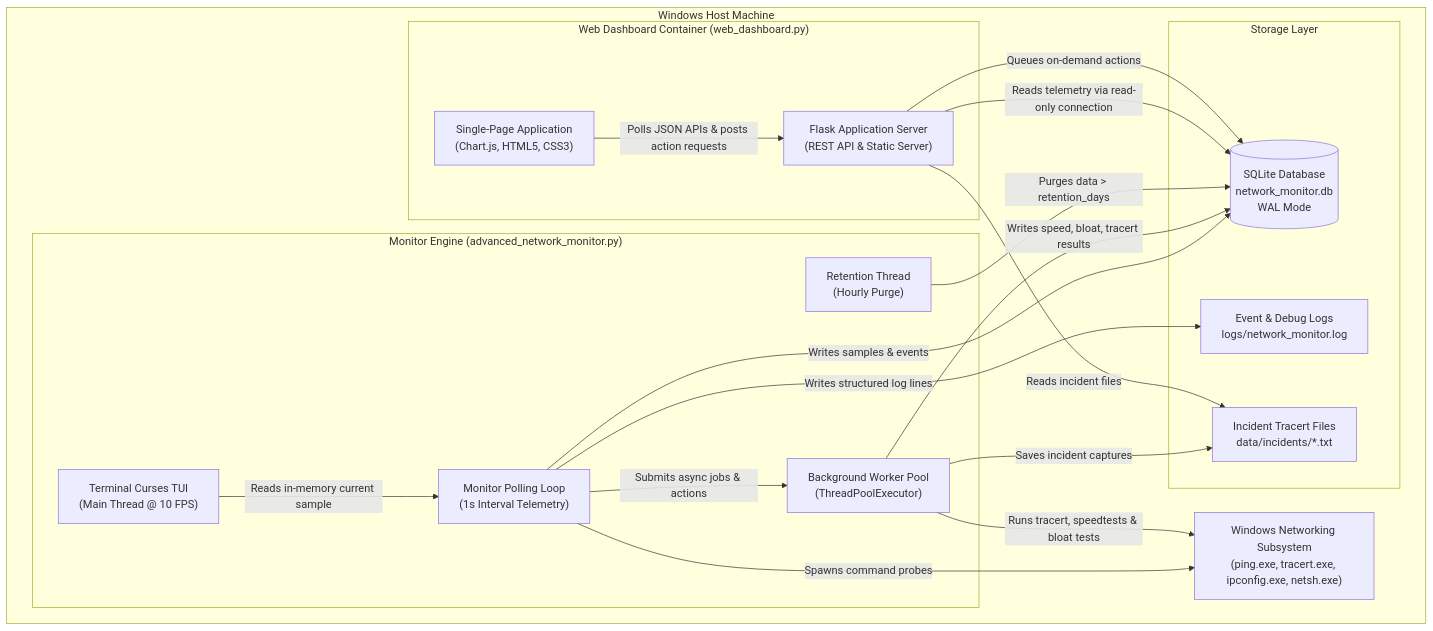
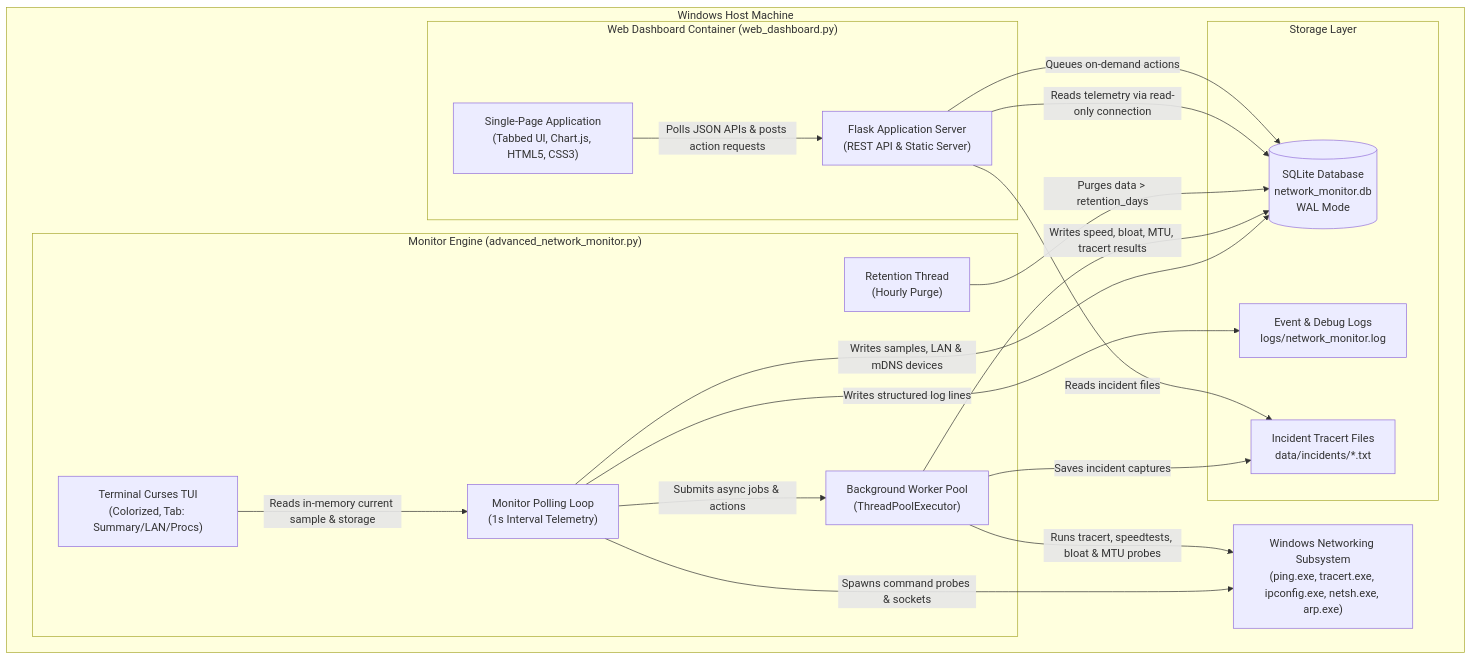
One commit to markbac/NetworkMonitor changed the second of 3 diagrams in README.md. Above: the diagram before and after it, drawn with Mermaid. The commit also changed other lines of this file and 4 other files, not shown here.

Commit message:
Add mDNS discovery, LAN ARP neighbor scanning, Path MTU diagnostics, and tabbed Web UI

````diff
--- a/README.md
+++ b/README.md
@@ -110,39 +114,39 @@
 ```mermaid
 flowchart TD
     subgraph Host["Windows Host Machine"]
         subgraph MonitorProcess["Monitor Engine (advanced_network_monitor.py)"]
-            TUI["Terminal Curses TUI\n(Main Thread @ 10 FPS)"]
+            TUI["Terminal Curses TUI\n(Colorized, Tab: Summary/LAN/Procs)"]
             Loop["Monitor Polling Loop\n(1s Interval Telemetry)"]
             WorkerPool["Background Worker Pool\n(ThreadPoolExecutor)"]
             Retention["Retention Thread\n(Hourly Purge)"]
         end
 
         subgraph WebProcess["Web Dashboard Container (web_dashboard.py)"]
             FlaskServer["Flask Application Server\n(REST API & Static Server)"]
-            WebUI["Single-Page Application\n(Chart.js, HTML5, CSS3)"]
+            WebUI["Single-Page Application\n(Tabbed UI, Chart.js, HTML5, CSS3)"]
         end
 
         subgraph StorageContainer["Storage Layer"]
             DB[(SQLite Database\nnetwork_monitor.db\nWAL Mode)]
             LogFile["Event & Debug Logs\nlogs/network_monitor.log"]
             IncidentFiles["Incident Tracert Files\ndata/incidents/*.txt"]
         end
 
-        WinOS["Windows Networking Subsystem\n(ping.exe, tracert.exe, ipconfig.exe, netsh.exe)"]
+        WinOS["Windows Networking Subsystem\n(ping.exe, tracert.exe, ipconfig.exe, netsh.exe, arp.exe)"]
     end
 
-    Loop -->|"Spawns command probes"| WinOS
-    WorkerPool -->|"Runs tracert, speedtests & bloat tests"| WinOS
+    Loop -->|"Spawns command probes & sockets"| WinOS
+    WorkerPool -->|"Runs tracert, speedtests, bloat & MTU probes"| WinOS
     Loop -->|"Submits async jobs & actions"| WorkerPool
-    Loop -->|"Writes samples & events"| DB
-    WorkerPool -->|"Writes speed, bloat, tracert results"| DB
+    Loop -->|"Writes samples, LAN & mDNS devices"| DB
+    WorkerPool -->|"Writes speed, bloat, MTU, tracert results"| DB
     Retention -->|"Purges data > retention_days"| DB
     Loop -->|"Writes structured log lines"| LogFile
     WorkerPool -->|"Saves incident captures"| IncidentFiles
 
     FlaskServer -->|"Reads telemetry via read-only connection"| DB
     FlaskServer -->|"Queues on-demand actions"| DB
     FlaskServer -->|"Reads incident files"| IncidentFiles
     WebUI -->|"Polls JSON APIs & posts action requests"| FlaskServer
-    TUI -->|"Reads in-memory current sample"| Loop
+    TUI -->|"Reads in-memory current sample & storage"| Loop
 ```
````
